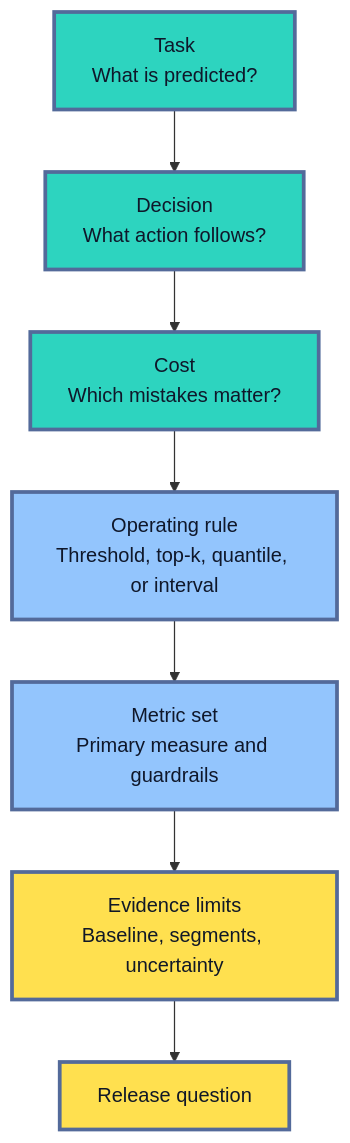
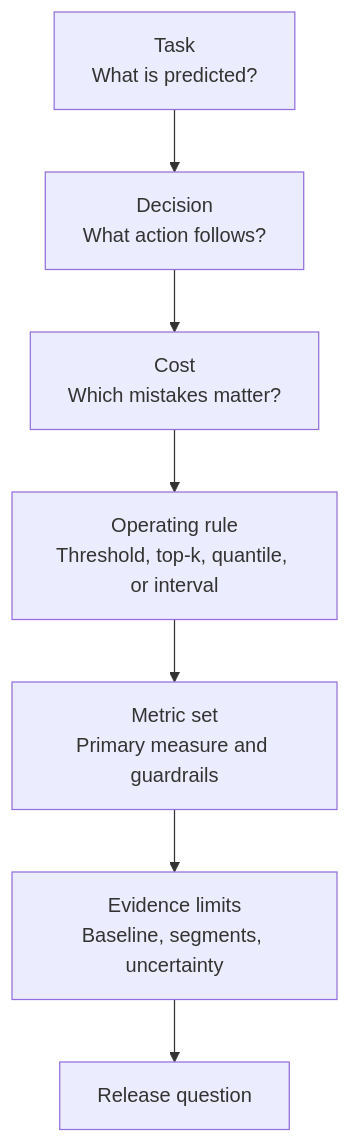
Before and after one commit to senlinyy/dev-roadmaps: the first of 2 diagrams in roadmaps/mlops/modules/model-evaluation/offline-evaluation/01-choosing-evaluation-metric.md, drawn with Mermaid. The commit also changed other lines of this file and 152 other files, not shown here.

Commit message:
feat: mlops and diagrams updated

````diff
--- a/roadmaps/mlops/modules/model-evaluation/offline-evaluation/01-choosing-evaluation-metric.md
+++ b/roadmaps/mlops/modules/model-evaluation/offline-evaluation/01-choosing-evaluation-metric.md
@@ -50,16 +50,13 @@
 ```mermaid
 flowchart TD
     T["Task<br/>What is predicted?"] --> D["Decision<br/>What action follows?"]
     D --> C["Cost<br/>Which mistakes matter?"]
     C --> O["Operating rule<br/>Threshold, top-k, quantile, or interval"]
     O --> M["Metric set<br/>Primary measure and guardrails"]
     M --> E["Evidence limits<br/>Baseline, segments, uncertainty"]
     E --> R["Release question"]
 
-    classDef purpose fill:#2DD4BF,stroke:#536A9A,stroke-width:3px,color:#0F172A
-    classDef mechanism fill:#93C5FD,stroke:#536A9A,stroke-width:3px,color:#0F172A
-    classDef decision fill:#FFE04F,stroke:#536A9A,stroke-width:3px,color:#111827
     class T,D,C purpose
     class O,M mechanism
     class E,R decision
 ```
````
